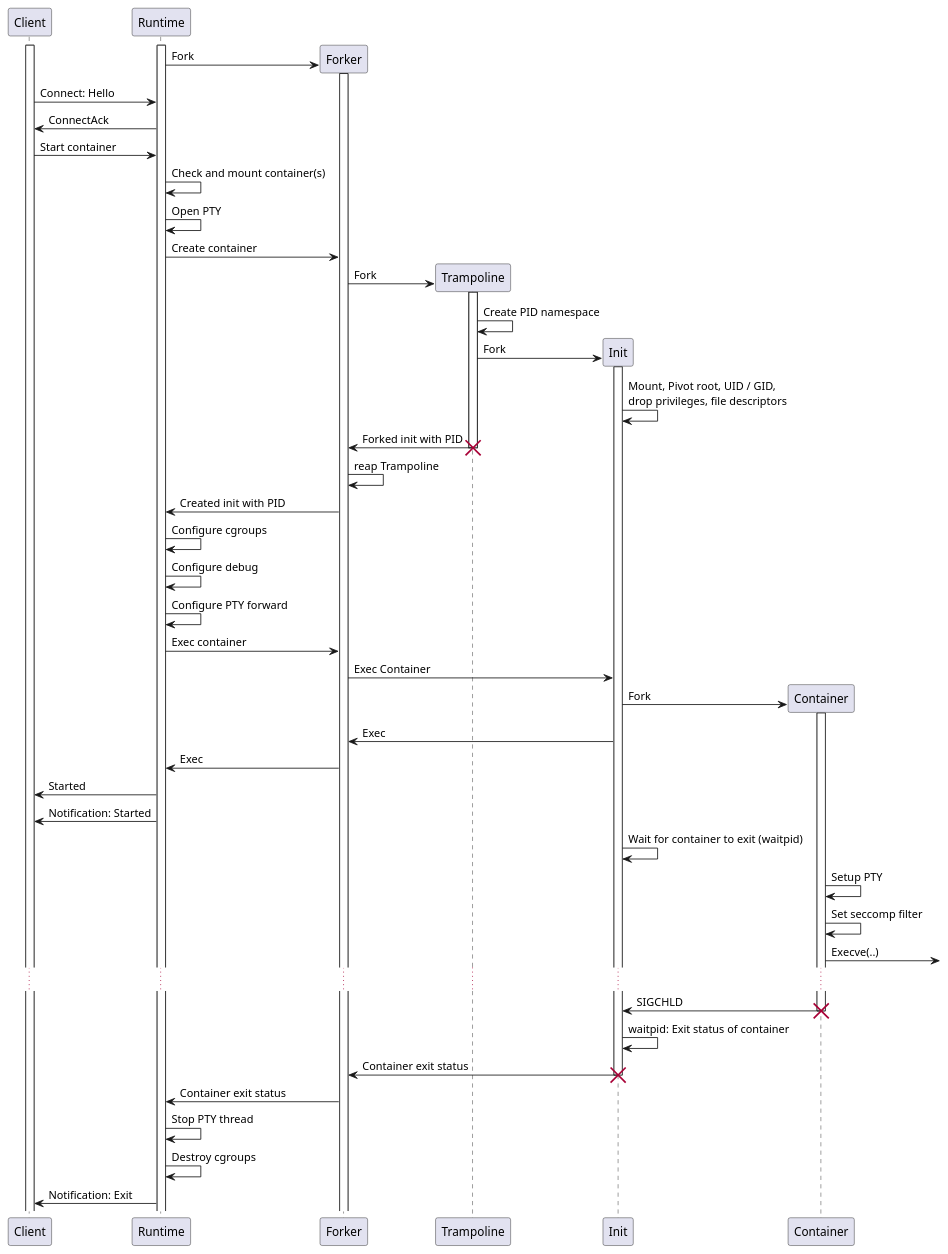
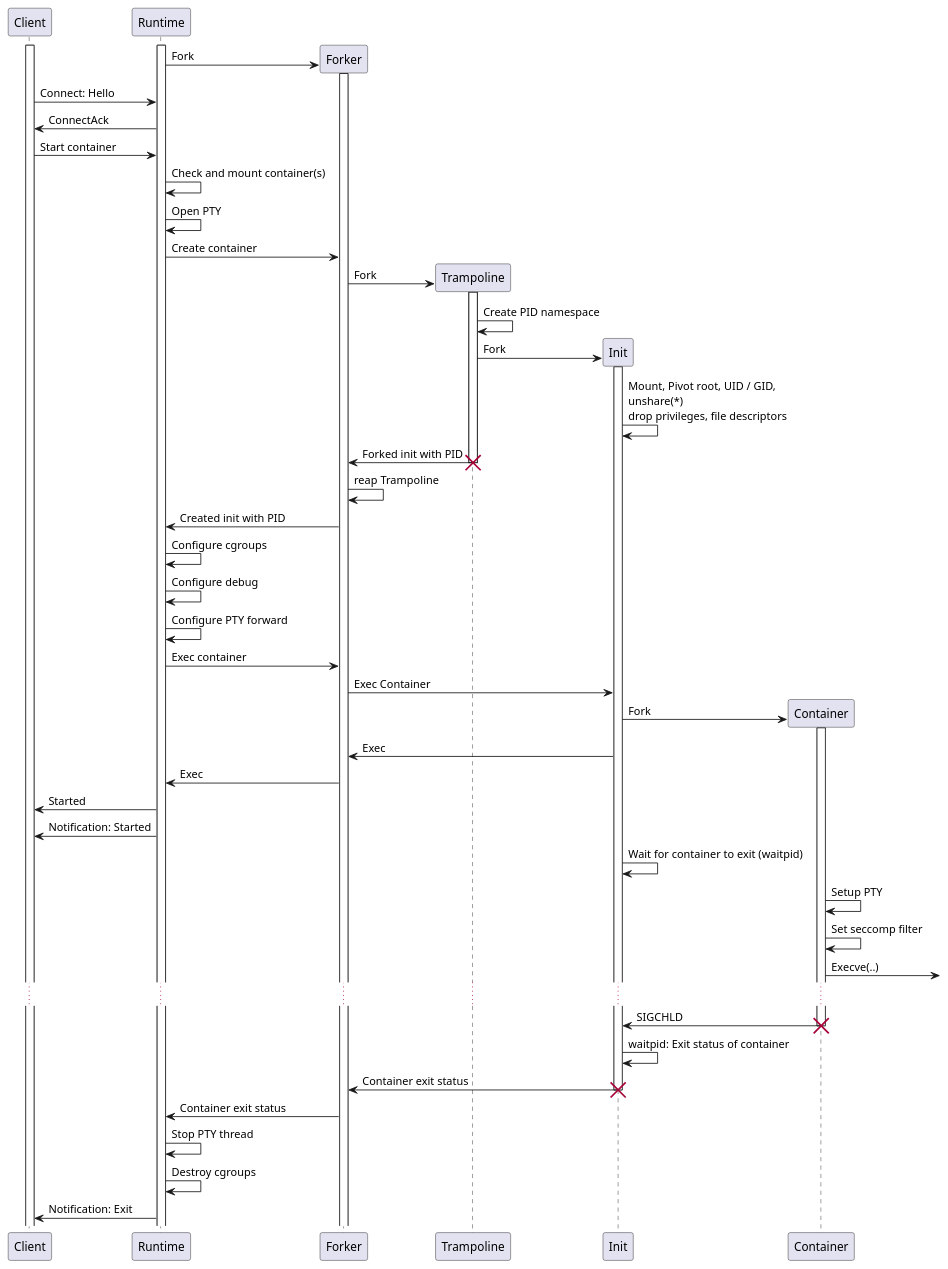
Before and after one commit to esrlabs/northstar: the diagram in doc/container-startup.puml, drawn with PlantUML. The commit also changed 3 other files, not shown here.

```diff
--- a/doc/container-startup.puml
+++ b/doc/container-startup.puml
@@ -1,69 +1,69 @@
 @startuml container-startup
 
 create Client
 activate Client
 
 create Runtime
 activate Runtime
 
 create Forker
 Runtime -> Forker: Fork
 activate Forker
 
 Client -> Runtime: Connect: Hello
 Client <- Runtime: ConnectAck
 Client -> Runtime: Start container
 Runtime -> Runtime: Check and mount container(s)
 Runtime -> Runtime: Open PTY
 
 Runtime -> Forker: Create container
 
 create Trampoline
 Forker -> Trampoline: Fork
 activate Trampoline
 Trampoline -> Trampoline: Create PID namespace
 
 create Init
 Trampoline -> Init: Fork
 activate Init
-Init -> Init: Mount, Pivot root, UID / GID,\ndrop privileges, file descriptors
+Init -> Init: Mount, Pivot root, UID / GID,\nunshare(*)\ndrop privileges, file descriptors
 
 Trampoline -> Forker: Forked init with PID
 destroy Trampoline
 
 Forker -> Forker: reap Trampoline
 
 Forker -> Runtime: Created init with PID
 
 Runtime -> Runtime: Configure cgroups
 Runtime -> Runtime: Configure debug
 Runtime -> Runtime: Configure PTY forward
 
 Runtime -> Forker: Exec container
 Forker -> Init: Exec Container
 create Container
 Init -> Container: Fork
 activate Container
 Forker <- Init: Exec
 Runtime <- Forker: Exec
 Client <- Runtime: Started
 Client <- Runtime: Notification: Started
 
 Init -> Init: Wait for container to exit (waitpid)
 Container -> Container: Setup PTY
 Container -> Container: Set seccomp filter
 Container -> : Execve(..)
 ...
 Container -> Init: SIGCHLD
 destroy Container
 
 Init -> Init: waitpid: Exit status of container
 Init -> Forker: Container exit status
 destroy Init
 
 Forker -> Runtime: Container exit status
 Runtime -> Runtime: Stop PTY thread
 Runtime -> Runtime: Destroy cgroups
 Client <- Runtime: Notification: Exit
 
 @enduml
```
